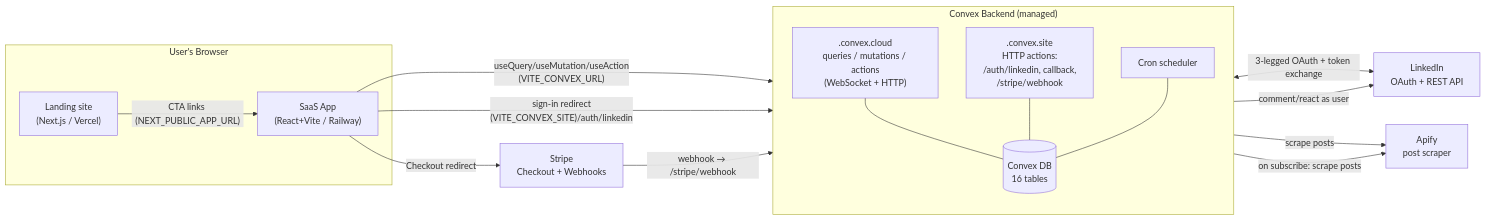
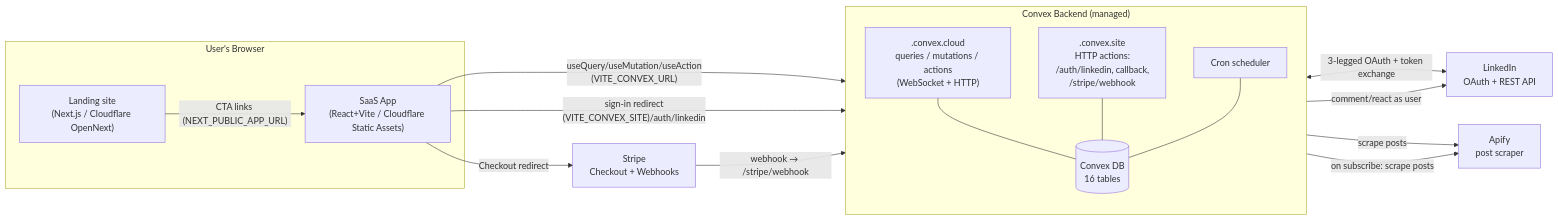
The first of 21 diagrams in docs/PLATFORM.md (henriko202/glowing-octo-guide), drawn with Mermaid before and after one commit. The commit also changed other lines of this file and 18 other files, not shown here.

````diff
--- a/docs/PLATFORM.md
+++ b/docs/PLATFORM.md
@@ -122,32 +122,32 @@
 ```mermaid
 flowchart LR
   subgraph Client["User's Browser"]
-    Landing["Landing site<br/>(Next.js / Vercel)"]
-    App["SaaS App<br/>(React+Vite / Railway)"]
+    Landing["Landing site<br/>(Next.js / Cloudflare OpenNext)"]
+    App["SaaS App<br/>(React+Vite / Cloudflare Static Assets)"]
   end
 
   subgraph Convex["Convex Backend (managed)"]
     direction TB
     Cloud[".convex.cloud<br/>queries / mutations / actions<br/>(WebSocket + HTTP)"]
     Site[".convex.site<br/>HTTP actions:<br/>/auth/linkedin, callback,<br/>/stripe/webhook"]
     DB[("Convex DB<br/>16 tables")]
     Crons["Cron scheduler"]
     Cloud --- DB
     Site --- DB
     Crons --- DB
   end
 
   LinkedIn["LinkedIn<br/>OAuth + REST API"]
   Stripe["Stripe<br/>Checkout + Webhooks"]
   Apify["Apify<br/>post scraper"]
 
   Landing -- "CTA links (NEXT_PUBLIC_APP_URL)" --> App
   App -- "useQuery/useMutation/useAction<br/>(VITE_CONVEX_URL)" --> Cloud
   App -- "sign-in redirect<br/>(VITE_CONVEX_SITE)/auth/linkedin" --> Site
   Site <-- "3-legged OAuth + token exchange" --> LinkedIn
   Cloud -- "comment/react as user" --> LinkedIn
   App -- "Checkout redirect" --> Stripe
   Stripe -- "webhook → /stripe/webhook" --> Site
   Crons -- "scrape posts" --> Apify
   Cloud -- "on subscribe: scrape posts" --> Apify
 ```
````
